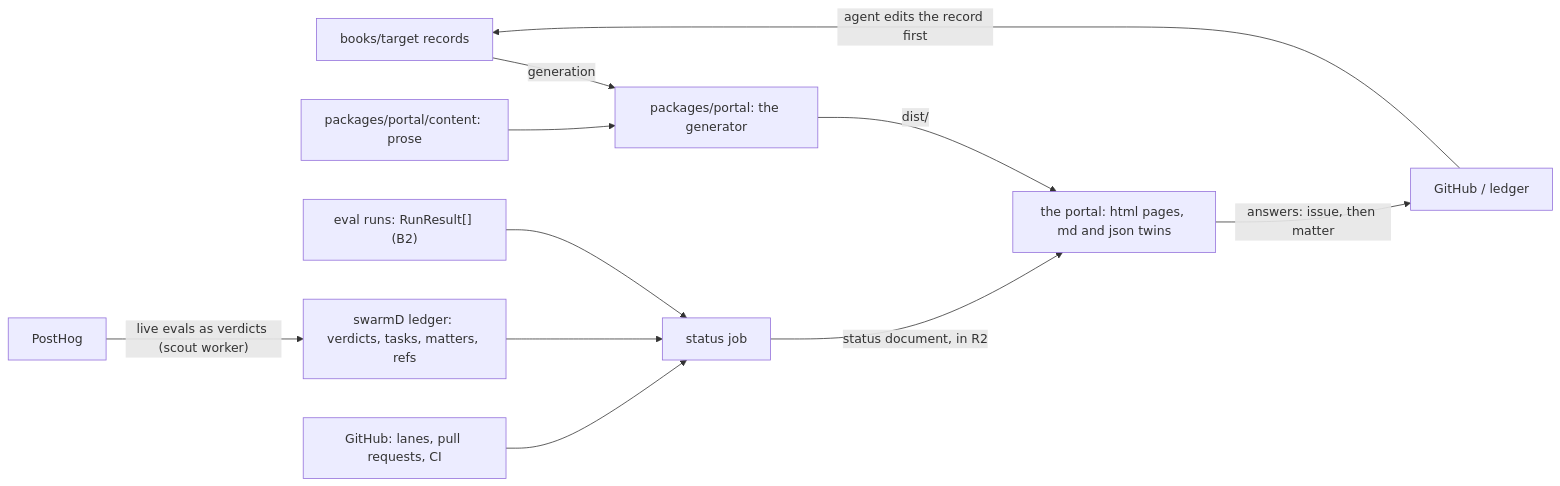
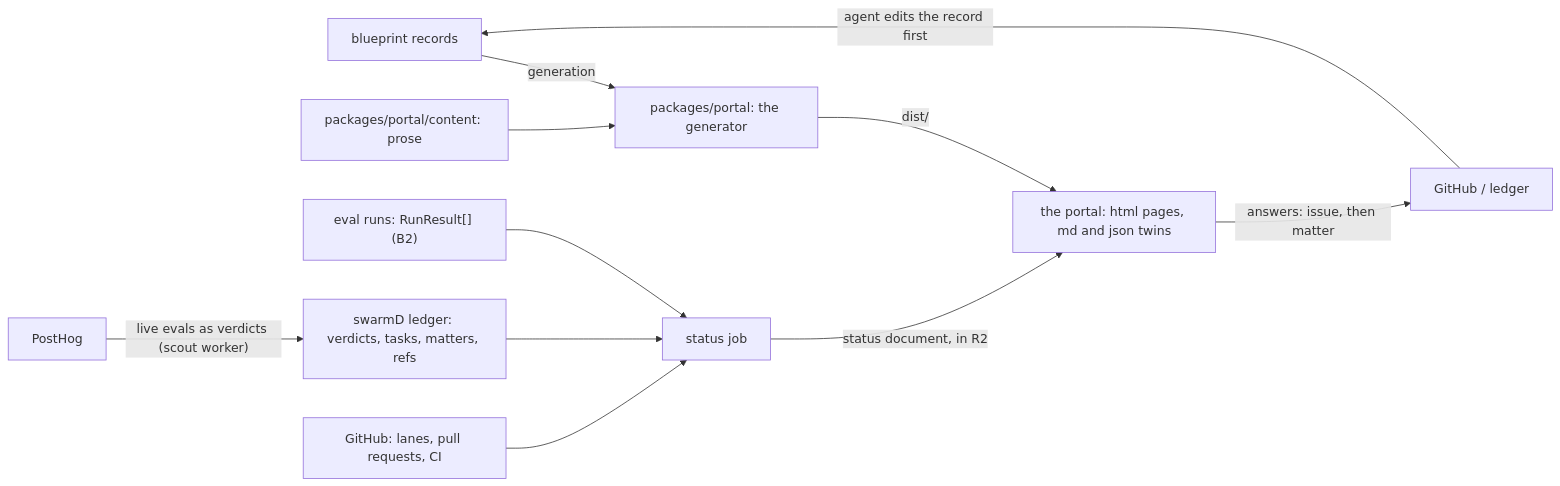
Before and after one commit to AaronAbuUsama/capxul-next: the first of 2 diagrams in docs/design/portal.md, drawn with Mermaid. The commit also changed other lines of this file and 764 other files, not shown here.

First line of the commit message:
Rename the design book to the blueprint (ruling aaron.blueprint, plan task m1-rename-blueprint)

````diff
--- a/docs/design/portal.md
+++ b/docs/design/portal.md
@@ -54,13 +54,13 @@
 ```mermaid
 flowchart LR
-  book["books/target records"] -->|generation| gen["packages/portal: the generator"]
+  book["blueprint records"] -->|generation| gen["packages/portal: the generator"]
   prose["packages/portal/content: prose"] --> gen
   gen -->|"dist/"| site["the portal: html pages, md and json twins"]
   runs["eval runs: RunResult[] (B2)"] --> job["status job"]
   ledger["swarmD ledger: verdicts, tasks, matters, refs"] --> job
   gh["GitHub: lanes, pull requests, CI"] --> job
   ph["PostHog"] -->|"live evals as verdicts (scout worker)"| ledger
   job -->|"status document, in R2"| site
   site -->|"answers: issue, then matter"| ans["GitHub / ledger"]
   ans -->|"agent edits the record first"| book
 ```
````
